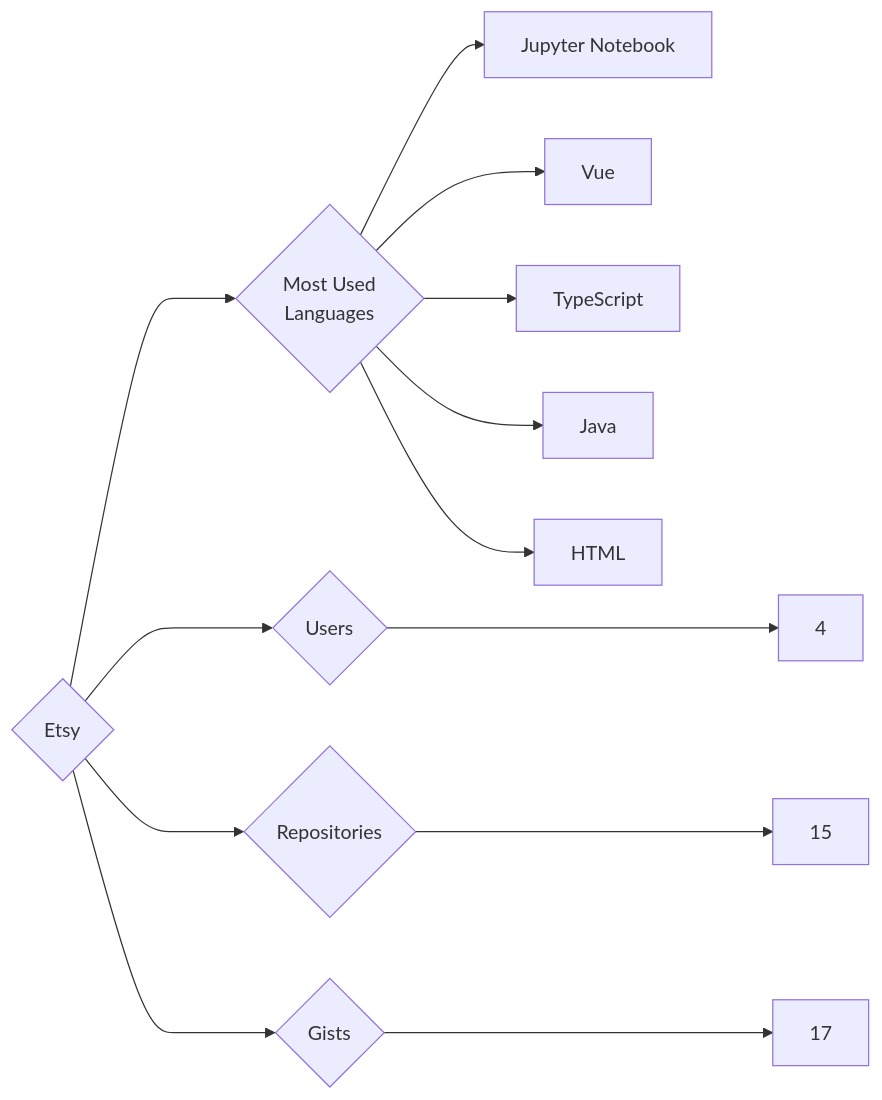
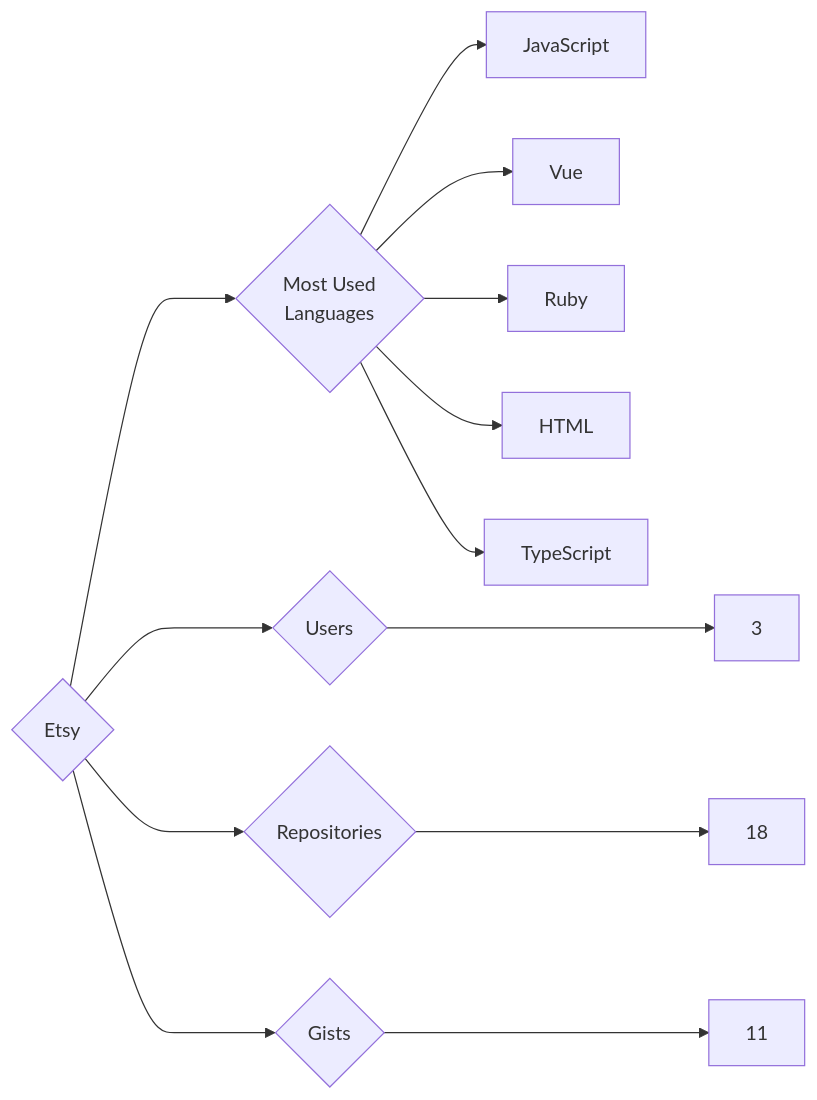
Before and after one commit to trickest/insiders: the diagram in targets/Etsy/README.md, drawn with Mermaid. The commit also changed 880 other files, not shown here.

````diff
--- a/targets/Etsy/README.md
+++ b/targets/Etsy/README.md
@@ -3,13 +3,13 @@
 ```mermaid
 graph LR
 COMPANY_NAME{Etsy}
-COMPANY_NAME ---> U{Users} ---> UN[4]
-COMPANY_NAME ---> R{Repositories} ---> RN[15]
-COMPANY_NAME ---> G{Gists} ---> GN[17]
+COMPANY_NAME ---> U{Users} ---> UN[3]
+COMPANY_NAME ---> R{Repositories} ---> RN[18]
+COMPANY_NAME ---> G{Gists} ---> GN[11]
 COMPANY_NAME ---> ML{Most Used<br>Languages}
-ML --> Jupyter_Notebook[Jupyter Notebook]
+ML --> JavaScript[JavaScript]
 ML --> Vue[Vue]
+ML --> Ruby[Ruby]
+ML --> HTML[HTML]
 ML --> TypeScript[TypeScript]
-ML --> Java[Java]
-ML --> HTML[HTML]
 ```
````
